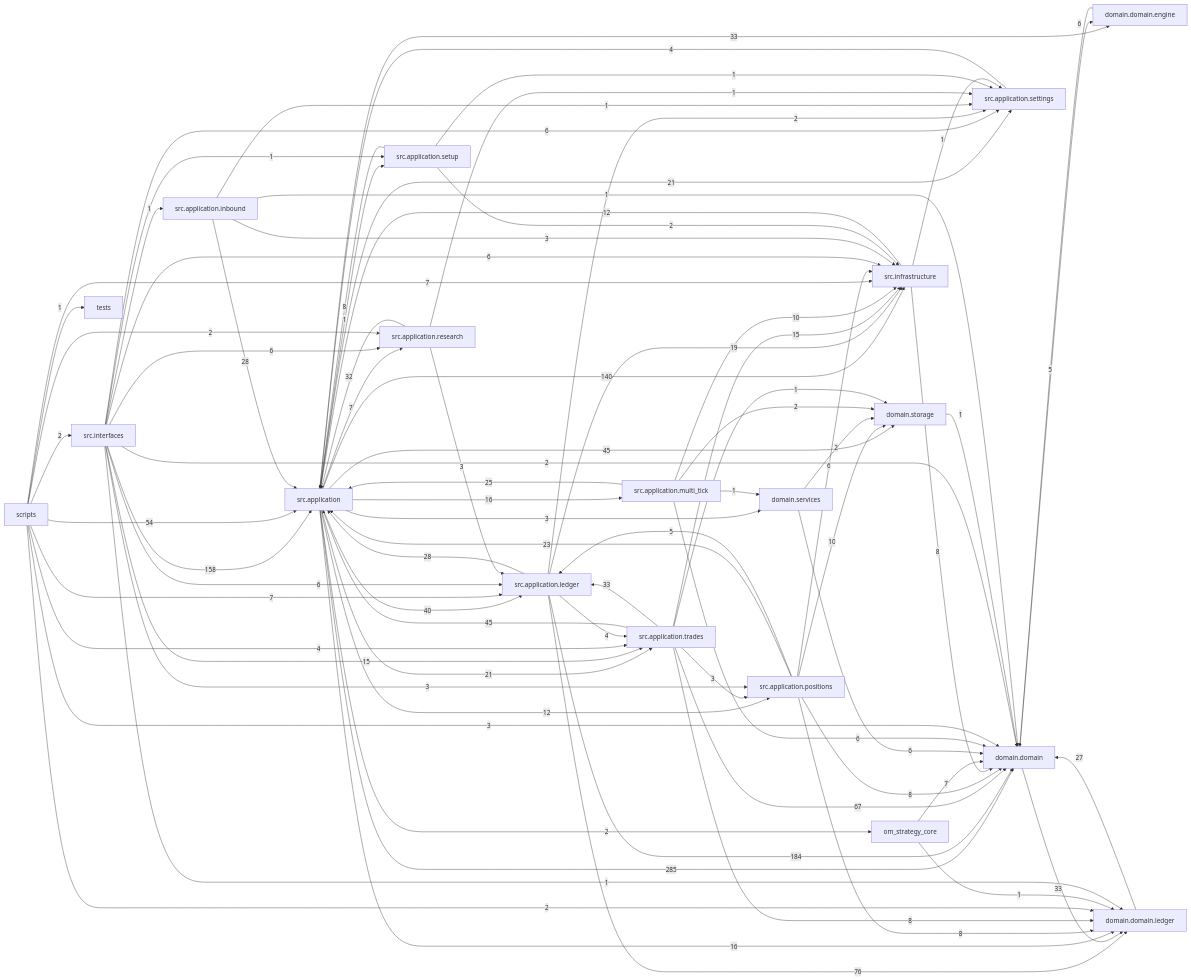
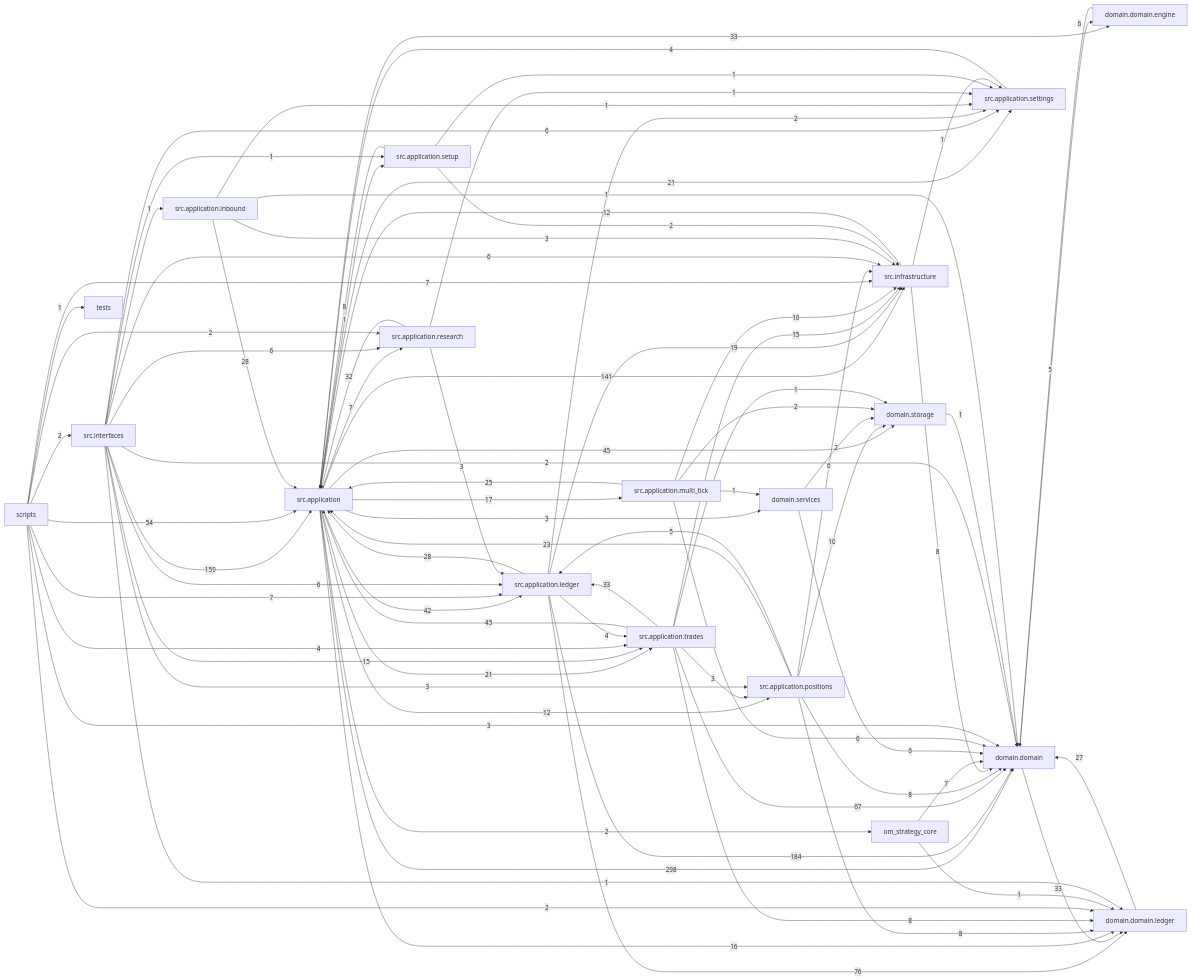
The diagram in docs/dependency_graph.mmd (liuxie066/options-monitor), drawn with Mermaid before and after one commit. The commit also changed 54 other files, not shown here.

```diff
--- a/docs/dependency_graph.mmd
+++ b/docs/dependency_graph.mmd
@@ -1,82 +1,82 @@
 flowchart LR
-  src_application["src.application"] -->|285| domain_domain["domain.domain"]
+  src_application["src.application"] -->|298| domain_domain["domain.domain"]
   src_application_ledger["src.application.ledger"] -->|184| domain_domain["domain.domain"]
-  src_interfaces["src.interfaces"] -->|158| src_application["src.application"]
-  src_application["src.application"] -->|140| src_infrastructure["src.infrastructure"]
+  src_interfaces["src.interfaces"] -->|159| src_application["src.application"]
+  src_application["src.application"] -->|141| src_infrastructure["src.infrastructure"]
   src_application_ledger["src.application.ledger"] -->|76| domain_domain_ledger["domain.domain.ledger"]
   src_application_trades["src.application.trades"] -->|67| domain_domain["domain.domain"]
   scripts["scripts"] -->|54| src_application["src.application"]
   src_application["src.application"] -->|45| domain_storage["domain.storage"]
   src_application_trades["src.application.trades"] -->|45| src_application["src.application"]
-  src_application["src.application"] -->|40| src_application_ledger["src.application.ledger"]
+  src_application["src.application"] -->|42| src_application_ledger["src.application.ledger"]
   domain_domain["domain.domain"] -->|33| domain_domain_ledger["domain.domain.ledger"]
   src_application["src.application"] -->|33| domain_domain_engine["domain.domain.engine"]
   src_application_trades["src.application.trades"] -->|33| src_application_ledger["src.application.ledger"]
   src_application_research["src.application.research"] -->|32| src_application["src.application"]
   src_application_inbound["src.application.inbound"] -->|28| src_application["src.application"]
   src_application_ledger["src.application.ledger"] -->|28| src_application["src.application"]
   domain_domain_ledger["domain.domain.ledger"] -->|27| domain_domain["domain.domain"]
   src_application_multi_tick["src.application.multi_tick"] -->|25| src_application["src.application"]
   src_application_positions["src.application.positions"] -->|23| src_application["src.application"]
   src_application["src.application"] -->|21| src_application_settings["src.application.settings"]
   src_application["src.application"] -->|21| src_application_trades["src.application.trades"]
   src_application_ledger["src.application.ledger"] -->|19| src_infrastructure["src.infrastructure"]
+  src_application["src.application"] -->|17| src_application_multi_tick["src.application.multi_tick"]
   src_application["src.application"] -->|16| domain_domain_ledger["domain.domain.ledger"]
-  src_application["src.application"] -->|16| src_application_multi_tick["src.application.multi_tick"]
   src_application_trades["src.application.trades"] -->|15| src_infrastructure["src.infrastructure"]
   src_interfaces["src.interfaces"] -->|15| src_application_trades["src.application.trades"]
   src_application["src.application"] -->|12| src_application_positions["src.application.positions"]
   src_infrastructure["src.infrastructure"] -->|12| src_application["src.application"]
   src_application_multi_tick["src.application.multi_tick"] -->|10| src_infrastructure["src.infrastructure"]
   src_application_positions["src.application.positions"] -->|10| domain_storage["domain.storage"]
   src_application_positions["src.application.positions"] -->|8| domain_domain["domain.domain"]
   src_application_positions["src.application.positions"] -->|8| domain_domain_ledger["domain.domain.ledger"]
   src_application_setup["src.application.setup"] -->|8| src_application["src.application"]
   src_application_trades["src.application.trades"] -->|8| domain_domain_ledger["domain.domain.ledger"]
   src_infrastructure["src.infrastructure"] -->|8| domain_domain["domain.domain"]
   om_strategy_core["om_strategy_core"] -->|7| domain_domain["domain.domain"]
   scripts["scripts"] -->|7| src_application_ledger["src.application.ledger"]
   scripts["scripts"] -->|7| src_infrastructure["src.infrastructure"]
   src_application["src.application"] -->|7| src_application_research["src.application.research"]
   domain_domain["domain.domain"] -->|6| domain_domain_engine["domain.domain.engine"]
   domain_services["domain.services"] -->|6| domain_domain["domain.domain"]
   src_application_multi_tick["src.application.multi_tick"] -->|6| domain_domain["domain.domain"]
   src_application_positions["src.application.positions"] -->|6| src_infrastructure["src.infrastructure"]
   src_interfaces["src.interfaces"] -->|6| src_application_ledger["src.application.ledger"]
   src_interfaces["src.interfaces"] -->|6| src_application_research["src.application.research"]
   src_interfaces["src.interfaces"] -->|6| src_application_settings["src.application.settings"]
   src_interfaces["src.interfaces"] -->|6| src_infrastructure["src.infrastructure"]
   domain_domain_engine["domain.domain.engine"] -->|5| domain_domain["domain.domain"]
   src_application_positions["src.application.positions"] -->|5| src_application_ledger["src.application.ledger"]
   scripts["scripts"] -->|4| src_application_trades["src.application.trades"]
   src_application_ledger["src.application.ledger"] -->|4| src_application_trades["src.application.trades"]
   src_application_settings["src.application.settings"] -->|4| src_application["src.application"]
   scripts["scripts"] -->|3| domain_domain["domain.domain"]
   src_application["src.application"] -->|3| domain_services["domain.services"]
   src_application_inbound["src.application.inbound"] -->|3| src_infrastructure["src.infrastructure"]
   src_application_research["src.application.research"] -->|3| src_application_ledger["src.application.ledger"]
   src_application_trades["src.application.trades"] -->|3| src_application_positions["src.application.positions"]
   src_interfaces["src.interfaces"] -->|3| src_application_positions["src.application.positions"]
   domain_services["domain.services"] -->|2| domain_storage["domain.storage"]
   scripts["scripts"] -->|2| domain_domain_ledger["domain.domain.ledger"]
   scripts["scripts"] -->|2| src_application_research["src.application.research"]
   scripts["scripts"] -->|2| src_interfaces["src.interfaces"]
   src_application["src.application"] -->|2| om_strategy_core["om_strategy_core"]
   src_application_ledger["src.application.ledger"] -->|2| src_application_settings["src.application.settings"]
   src_application_multi_tick["src.application.multi_tick"] -->|2| domain_storage["domain.storage"]
   src_application_setup["src.application.setup"] -->|2| src_infrastructure["src.infrastructure"]
   src_interfaces["src.interfaces"] -->|2| domain_domain["domain.domain"]
   domain_storage["domain.storage"] -->|1| domain_domain["domain.domain"]
   om_strategy_core["om_strategy_core"] -->|1| domain_domain_ledger["domain.domain.ledger"]
   scripts["scripts"] -->|1| tests["tests"]
   src_application["src.application"] -->|1| src_application_setup["src.application.setup"]
   src_application_inbound["src.application.inbound"] -->|1| domain_domain["domain.domain"]
   src_application_inbound["src.application.inbound"] -->|1| src_application_settings["src.application.settings"]
   src_application_multi_tick["src.application.multi_tick"] -->|1| domain_services["domain.services"]
   src_application_research["src.application.research"] -->|1| src_application_settings["src.application.settings"]
   src_application_setup["src.application.setup"] -->|1| src_application_settings["src.application.settings"]
   src_application_trades["src.application.trades"] -->|1| domain_storage["domain.storage"]
   src_infrastructure["src.infrastructure"] -->|1| src_application_settings["src.application.settings"]
   src_interfaces["src.interfaces"] -->|1| domain_domain_ledger["domain.domain.ledger"]
   src_interfaces["src.interfaces"] -->|1| src_application_inbound["src.application.inbound"]
   src_interfaces["src.interfaces"] -->|1| src_application_setup["src.application.setup"]
```
